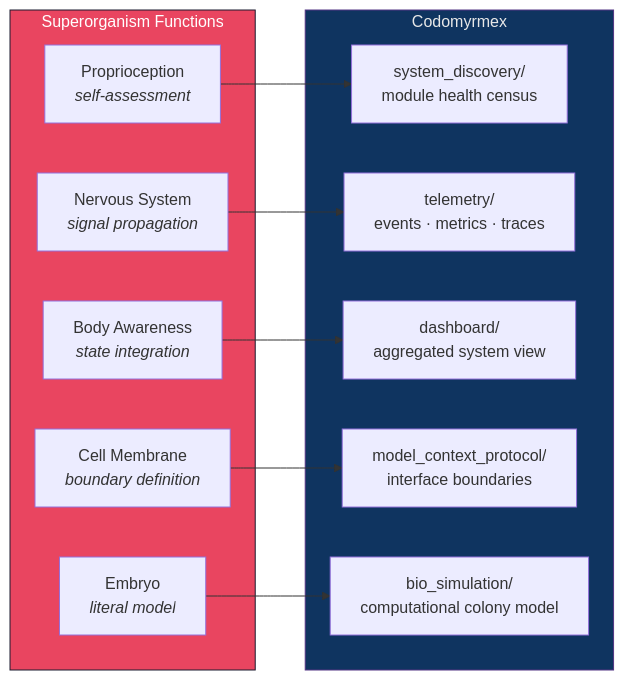
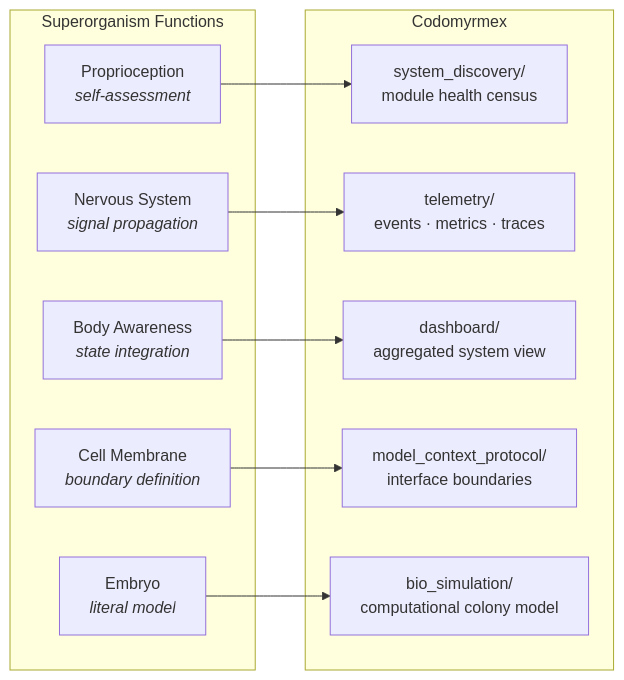
The third of 3 diagrams in docs/bio/superorganism.md (docxology/codomyrmex), drawn with Mermaid before and after one commit. The commit also changed other lines of this file and 86 other files, not shown here.

````diff
--- a/docs/bio/superorganism.md
+++ b/docs/bio/superorganism.md
@@ -77,27 +68,24 @@
 ```mermaid
 graph LR
     subgraph ORGANISM["Superorganism Functions"]
         PROPRIO["Proprioception<br/><i>self-assessment</i>"]
         NERVOUS["Nervous System<br/><i>signal propagation</i>"]
         AWARE["Body Awareness<br/><i>state integration</i>"]
         MEMBRANE["Cell Membrane<br/><i>boundary definition</i>"]
         MODEL["Embryo<br/><i>literal model</i>"]
     end
 
     subgraph CDM["Codomyrmex"]
         SYSD["system_discovery/<br/>module health census"]
         TELEM["telemetry/<br/>events · metrics · traces"]
         DASH["dashboard/<br/>aggregated system view"]
         MCP_MOD["model_context_protocol/<br/>interface boundaries"]
         BIOSIM_MOD["bio_simulation/<br/>computational colony model"]
     end
 
     PROPRIO --> SYSD
     NERVOUS --> TELEM
     AWARE --> DASH
     MEMBRANE --> MCP_MOD
     MODEL --> BIOSIM_MOD
-
-    style ORGANISM fill:#e94560,stroke:#1a1a2e,color:#fff
-    style CDM fill:#0f3460,stroke:#533483,color:#e8e8e8
 ```
````
